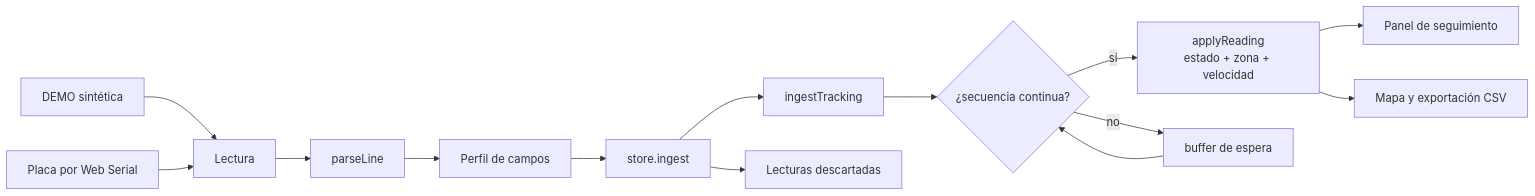
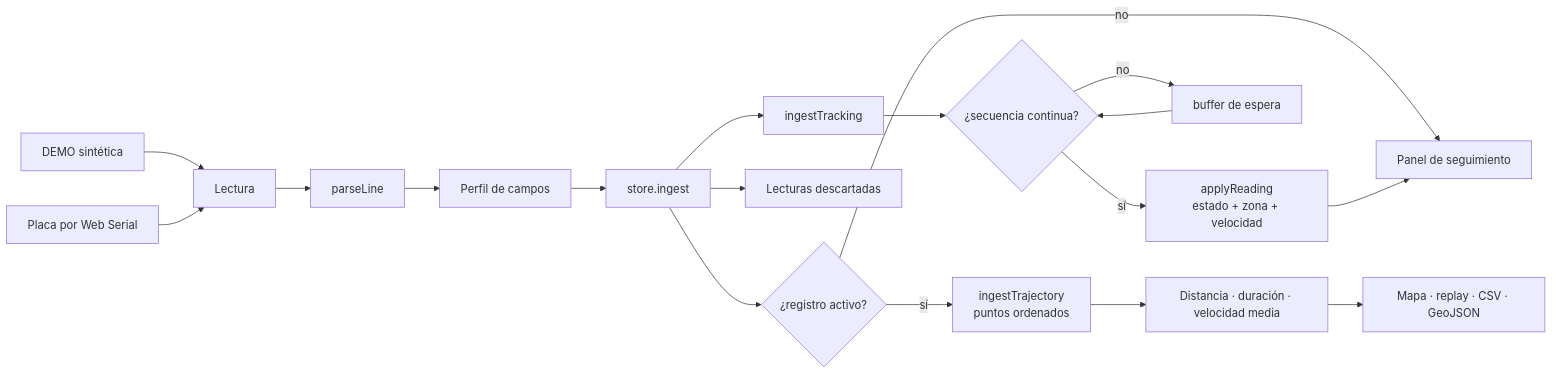
The diagram in docs/tracking.md (Edwarmkaer/cubeos), drawn with Mermaid before and after one commit. The commit also changed other lines of this file and 6 other files, not shown here.

````diff
--- a/docs/tracking.md
+++ b/docs/tracking.md
@@ -19,16 +20,20 @@
 ```mermaid
 flowchart LR
   A[DEMO sintética] --> C[Lectura]
   B[Placa por Web Serial] --> C
   C --> D[parseLine]
   D --> E[Perfil de campos]
   E --> F[store.ingest]
   F --> G[ingestTracking]
   G --> H{¿secuencia continua?}
   H -->|sí| I[applyReading<br/>estado + zona + velocidad]
   H -->|no| J[buffer de espera]
   J --> H
   F --> K[Lecturas descartadas]
-  I --> L[Panel de seguimiento]
-  I --> M[Mapa y exportación CSV]
+  F --> N{¿registro activo?}
+  N -->|sí| O[ingestTrajectory<br/>puntos ordenados]
+  O --> P[Distancia · duración · velocidad media]
+  P --> Q[Mapa · replay · CSV · GeoJSON]
+  N -->|no| L[Panel de seguimiento]
+  I --> L
 ```
````
